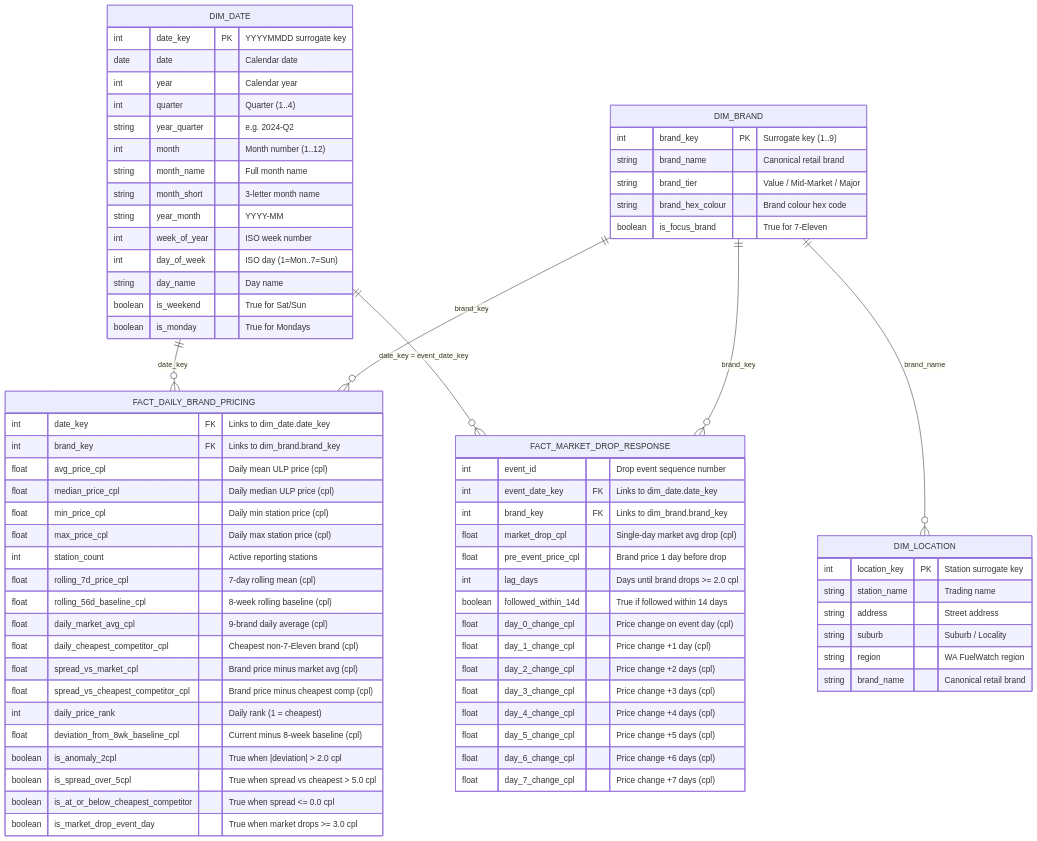
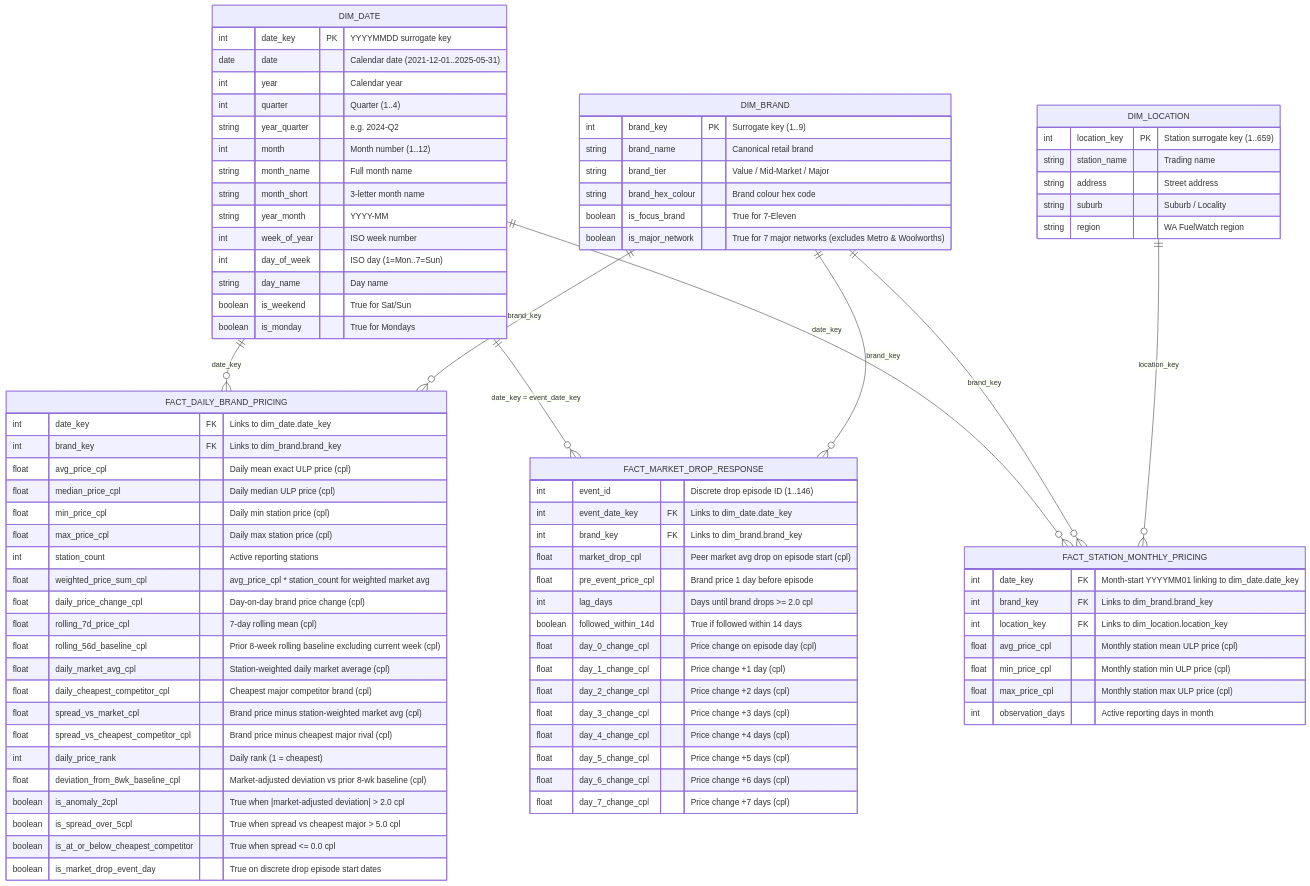
One commit to ShreyaNagaraju/fuel-market-competitor-pricing-australia changed the diagram in powerbi/POWER_BI_STAR_SCHEMA_GUIDE.md. Above: the diagram before and after it, drawn with Mermaid. The commit also changed other lines of this file and 30 other files, not shown here.

Commit message:
Fix exact ULP filter, add Dec 2022 data, de-cluster episodes, add weekly cycle analysis and station-month fact table

````diff
--- a/powerbi/POWER_BI_STAR_SCHEMA_GUIDE.md
+++ b/powerbi/POWER_BI_STAR_SCHEMA_GUIDE.md
@@ -14,11 +14,13 @@
     DIM_BRAND ||--o{ FACT_DAILY_BRAND_PRICING : "brand_key"
     DIM_DATE ||--o{ FACT_MARKET_DROP_RESPONSE : "date_key = event_date_key"
     DIM_BRAND ||--o{ FACT_MARKET_DROP_RESPONSE : "brand_key"
-    DIM_BRAND ||--o{ DIM_LOCATION : "brand_name"
+    DIM_DATE ||--o{ FACT_STATION_MONTHLY_PRICING : "date_key"
+    DIM_BRAND ||--o{ FACT_STATION_MONTHLY_PRICING : "brand_key"
+    DIM_LOCATION ||--o{ FACT_STATION_MONTHLY_PRICING : "location_key"
 
     DIM_DATE {
         int date_key PK "YYYYMMDD surrogate key"
-        date date "Calendar date"
+        date date "Calendar date (2021-12-01..2025-05-31)"
         int year "Calendar year"
         int quarter "Quarter (1..4)"
         string year_quarter "e.g. 2024-Q2"
@@ -39,48 +41,50 @@
         string brand_tier "Value / Mid-Market / Major"
         string brand_hex_colour "Brand colour hex code"
         boolean is_focus_brand "True for 7-Eleven"
+        boolean is_major_network "True for 7 major networks (excludes Metro & Woolworths)"
     }
 
     DIM_LOCATION {
-        int location_key PK "Station surrogate key"
+        int location_key PK "Station surrogate key (1..659)"
         string station_name "Trading name"
         string address "Street address"
         string suburb "Suburb / Locality"
         string region "WA FuelWatch region"
-        string brand_name "Canonical retail brand"
     }
 
     FACT_DAILY_BRAND_PRICING {
         int date_key FK "Links to dim_date.date_key"
         int brand_key FK "Links to dim_brand.brand_key"
-        float avg_price_cpl "Daily mean ULP price (cpl)"
+        float avg_price_cpl "Daily mean exact ULP price (cpl)"
         float median_price_cpl "Daily median ULP price (cpl)"
         float min_price_cpl "Daily min station price (cpl)"
         float max_price_cpl "Daily max station price (cpl)"
         int station_count "Active reporting stations"
+        float weighted_price_sum_cpl "avg_price_cpl * station_count for weighted market avg"
+        float daily_price_change_cpl "Day-on-day brand price change (cpl)"
         float rolling_7d_price_cpl "7-day rolling mean (cpl)"
-        float rolling_56d_baseline_cpl "8-week rolling baseline (cpl)"
-        float daily_market_avg_cpl "9-brand daily average (cpl)"
-        float daily_cheapest_competitor_cpl "Cheapest non-7-Eleven brand (cpl)"
-        float spread_vs_market_cpl "Brand price minus market avg (cpl)"
-        float spread_vs_cheapest_competitor_cpl "Brand price minus cheapest comp (cpl)"
+        float rolling_56d_baseline_cpl "Prior 8-week rolling baseline excluding current week (cpl)"
+        float daily_market_avg_cpl "Station-weighted daily market average (cpl)"
+        float daily_cheapest_competitor_cpl "Cheapest major competitor brand (cpl)"
+        float spread_vs_market_cpl "Brand price minus station-weighted market avg (cpl)"
+        float spread_vs_cheapest_competitor_cpl "Brand price minus cheapest major rival (cpl)"
         int daily_price_rank "Daily rank (1 = cheapest)"
-        float deviation_from_8wk_baseline_cpl "Current minus 8-week baseline (cpl)"
-        boolean is_anomaly_2cpl "True when |deviation| > 2.0 cpl"
-        boolean is_spread_over_5cpl "True when spread vs cheapest > 5.0 cpl"
+        float deviation_from_8wk_baseline_cpl "Market-adjusted deviation vs prior 8-wk baseline (cpl)"
+        boolean is_anomaly_2cpl "True when |market-adjusted deviation| > 2.0 cpl"
+        boolean is_spread_over_5cpl "True when spread vs cheapest major > 5.0 cpl"
         boolean is_at_or_below_cheapest_competitor "True when spread <= 0.0 cpl"
-        boolean is_market_drop_event_day "True when market drops >= 3.0 cpl"
+        boolean is_market_drop_event_day "True on discrete drop episode start dates"
     }
 
     FACT_MARKET_DROP_RESPONSE {
-        int event_id "Drop event sequence number"
+        int event_id "Discrete drop episode ID (1..146)"
         int event_date_key FK "Links to dim_date.date_key"
         int brand_key FK "Links to dim_brand.brand_key"
-        float market_drop_cpl "Single-day market avg drop (cpl)"
-        float pre_event_price_cpl "Brand price 1 day before drop"
+        float market_drop_cpl "Peer market avg drop on episode start (cpl)"
+        float pre_event_price_cpl "Brand price 1 day before episode"
         int lag_days "Days until brand drops >= 2.0 cpl"
         boolean followed_within_14d "True if followed within 14 days"
-        float day_0_change_cpl "Price change on event day (cpl)"
+        float day_0_change_cpl "Price change on episode day (cpl)"
         float day_1_change_cpl "Price change +1 day (cpl)"
         float day_2_change_cpl "Price change +2 days (cpl)"
         float day_3_change_cpl "Price change +3 days (cpl)"
@@ -89,4 +93,14 @@
         float day_6_change_cpl "Price change +6 days (cpl)"
         float day_7_change_cpl "Price change +7 days (cpl)"
     }
+
+    FACT_STATION_MONTHLY_PRICING {
+        int date_key FK "Month-start YYYYMM01 linking to dim_date.date_key"
+        int brand_key FK "Links to dim_brand.brand_key"
+        int location_key FK "Links to dim_location.location_key"
+        float avg_price_cpl "Monthly station mean ULP price (cpl)"
+        float min_price_cpl "Monthly station min ULP price (cpl)"
+        float max_price_cpl "Monthly station max ULP price (cpl)"
+        int observation_days "Active reporting days in month"
+    }
 ```
````
